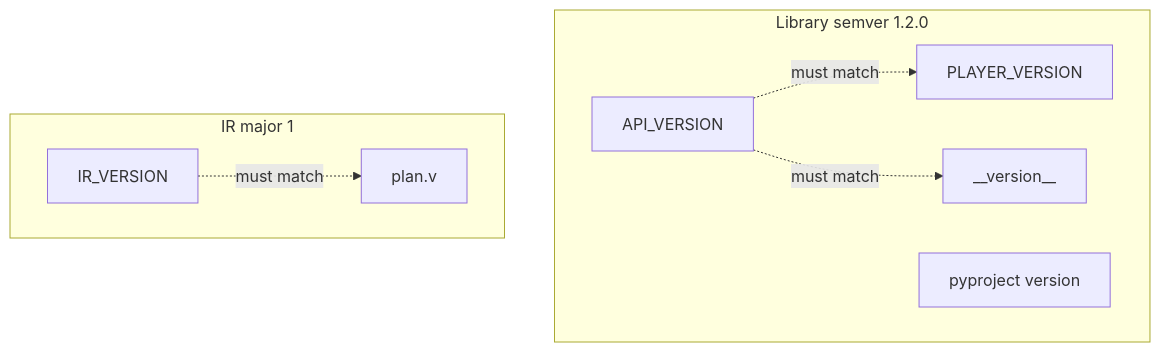
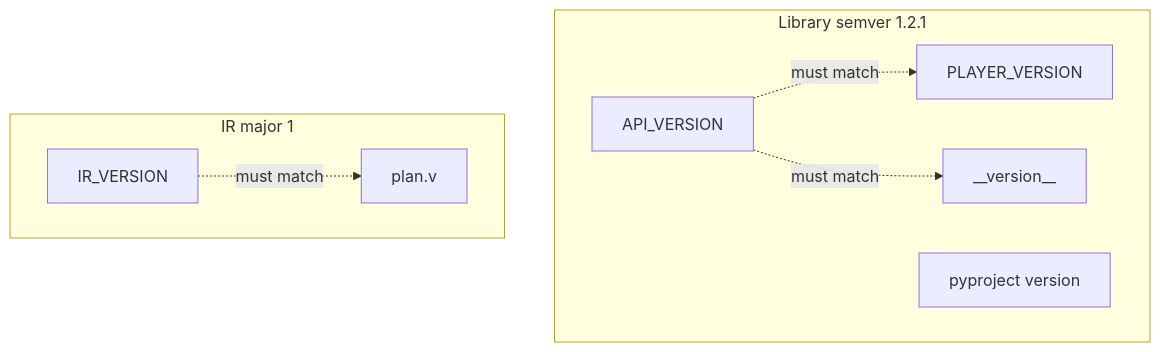
One commit to bitplorer/ux-motion changed the diagram in docs/13-VERSIONING.md. Above: the diagram before and after it, drawn with Mermaid. The commit also changed other lines of this file and 11 other files, not shown here.

````diff
--- a/docs/13-VERSIONING.md
+++ b/docs/13-VERSIONING.md
@@ -15,16 +15,16 @@
 ```mermaid
 flowchart TB
-  subgraph Library["Library semver 1.2.0"]
+  subgraph Library["Library semver 1.2.1"]
     API["API_VERSION"]
     PY["__version__"]
     PL["PLAYER_VERSION"]
     PJ["pyproject version"]
   end
   subgraph Wire["IR major 1"]
     IR["IR_VERSION"]
     V["plan.v"]
   end
   API -.->|"must match"| PL
   API -.->|"must match"| PY
   IR -.->|"must match"| V
 ```
````
